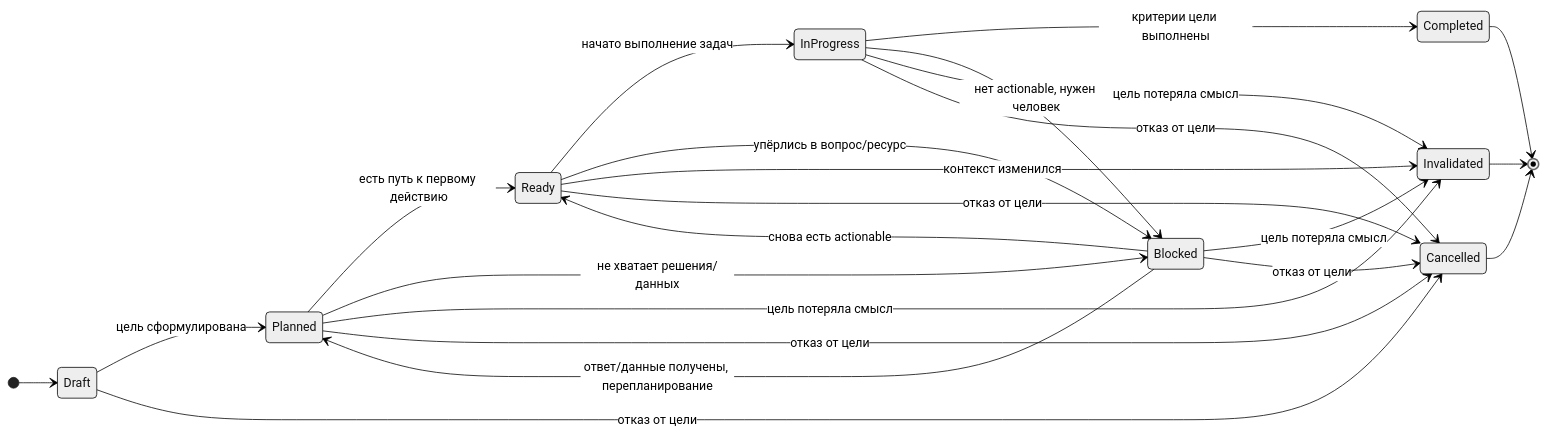
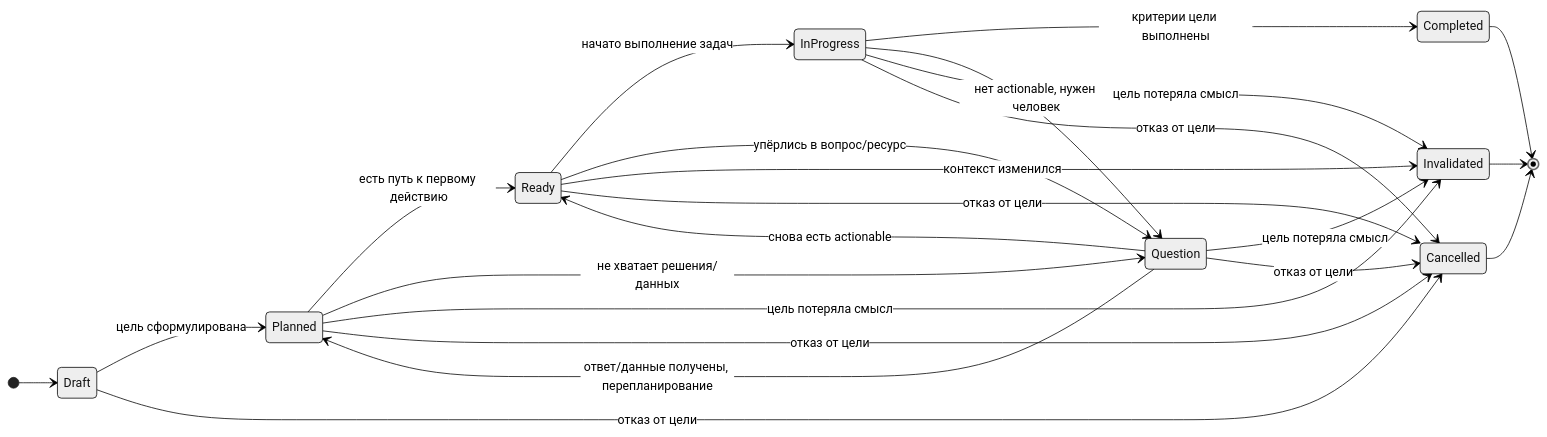
One commit to Kibnet/UTEP changed the diagram in UTEP-GOAL-STATE.md. Above: the diagram before and after it, drawn with Mermaid (neutral theme). The commit also changed other lines of this file and 18 other files, not shown here.

First line of the commit message:
Refactor task state management: replace 'Blocked' with 'Question' and update related logic

````diff
--- a/UTEP-GOAL-STATE.md
+++ b/UTEP-GOAL-STATE.md
@@ -3,32 +3,32 @@
 ```mermaid
 stateDiagram-v2
     direction LR
     [*] --> Draft
 
     Draft --> Planned : цель сформулирована
     Draft --> Cancelled : отказ от цели
 
     Planned --> Ready : есть путь к первому действию
-    Planned --> Blocked : не хватает решения/данных
+    Planned --> Question : не хватает решения/данных
     Planned --> Invalidated : цель потеряла смысл
     Planned --> Cancelled : отказ от цели
 
     Ready --> InProgress : начато выполнение задач
-    Ready --> Blocked : упёрлись в вопрос/ресурс
+    Ready --> Question : упёрлись в вопрос/ресурс
     Ready --> Invalidated : контекст изменился
     Ready --> Cancelled : отказ от цели
 
     InProgress --> Completed : критерии цели выполнены
-    InProgress --> Blocked : нет actionable, нужен человек
+    InProgress --> Question : нет actionable, нужен человек
     InProgress --> Invalidated : цель потеряла смысл
     InProgress --> Cancelled : отказ от цели
 
-    Blocked --> Planned : ответ/данные получены, перепланирование
-    Blocked --> Ready : снова есть actionable
-    Blocked --> Invalidated : цель потеряла смысл
-    Blocked --> Cancelled : отказ от цели
+    Question --> Planned : ответ/данные получены, перепланирование
+    Question --> Ready : снова есть actionable
+    Question --> Invalidated : цель потеряла смысл
+    Question --> Cancelled : отказ от цели
 
     Completed --> [*]
     Cancelled --> [*]
     Invalidated --> [*]
 ```
````
